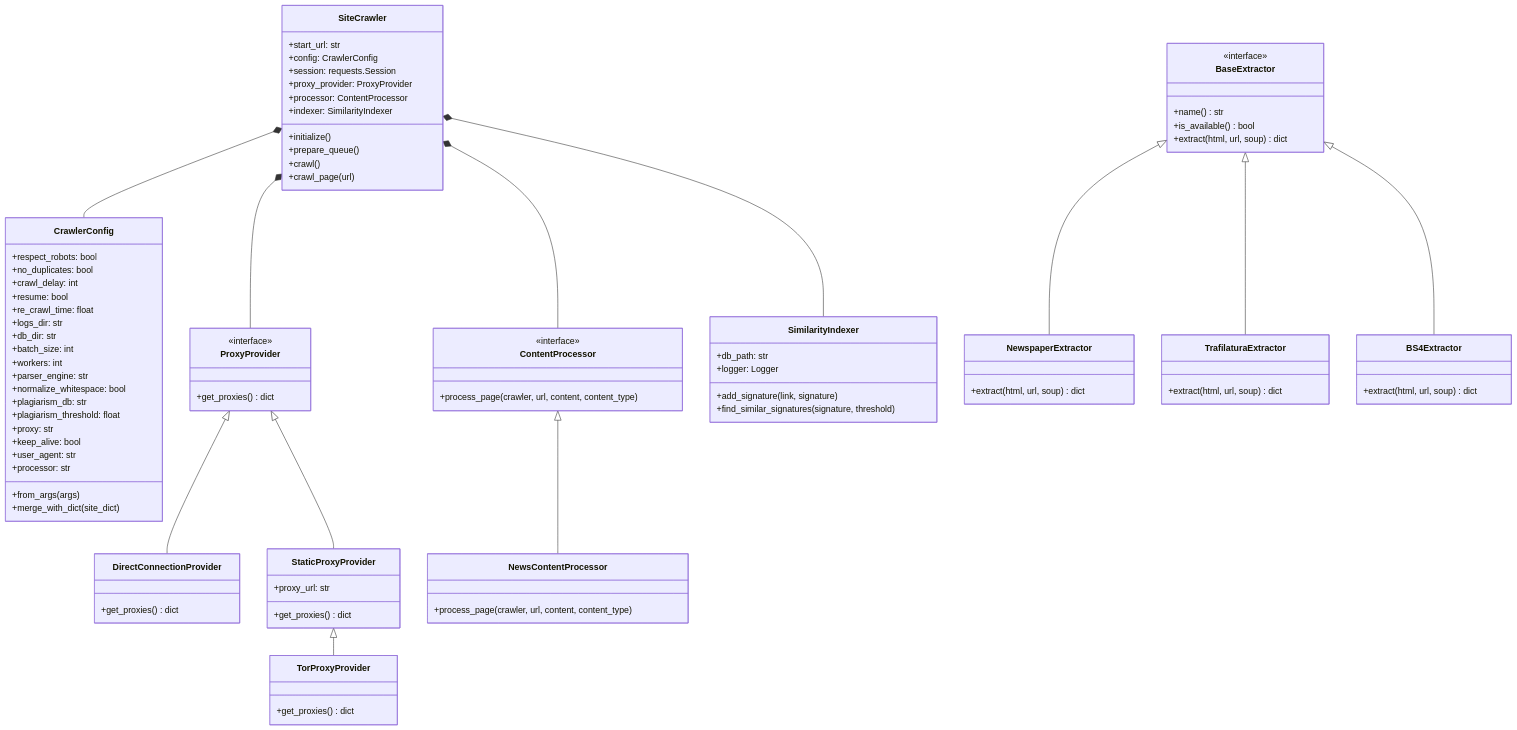
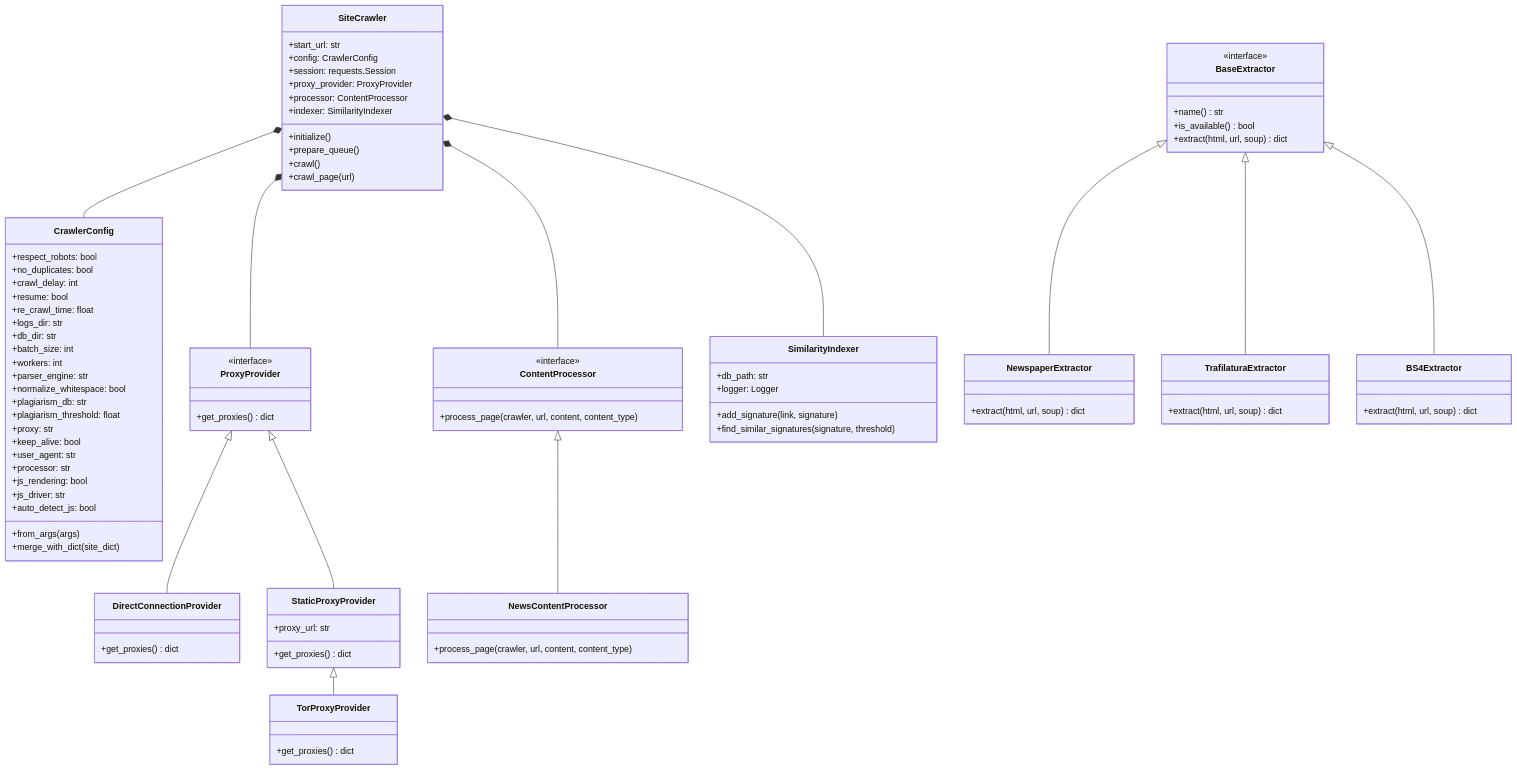
The diagram in docs/c4/c4_code.md (svagionitis/crawler), drawn with Mermaid before and after one commit. The commit also changed other lines of this file and 2 other files, not shown here.

First line of the commit message:
c4: docs: update C4 diagrams with JavaScript rendering components

```diff
--- a/docs/c4/c4_code.md
+++ b/docs/c4/c4_code.md
@@ -80,6 +80,9 @@
         +keep_alive: bool
         +user_agent: str
         +processor: str
+        +js_rendering: bool
+        +js_driver: str
+        +auto_detect_js: bool
         +from_args(args)
         +merge_with_dict(site_dict)
     }
```
